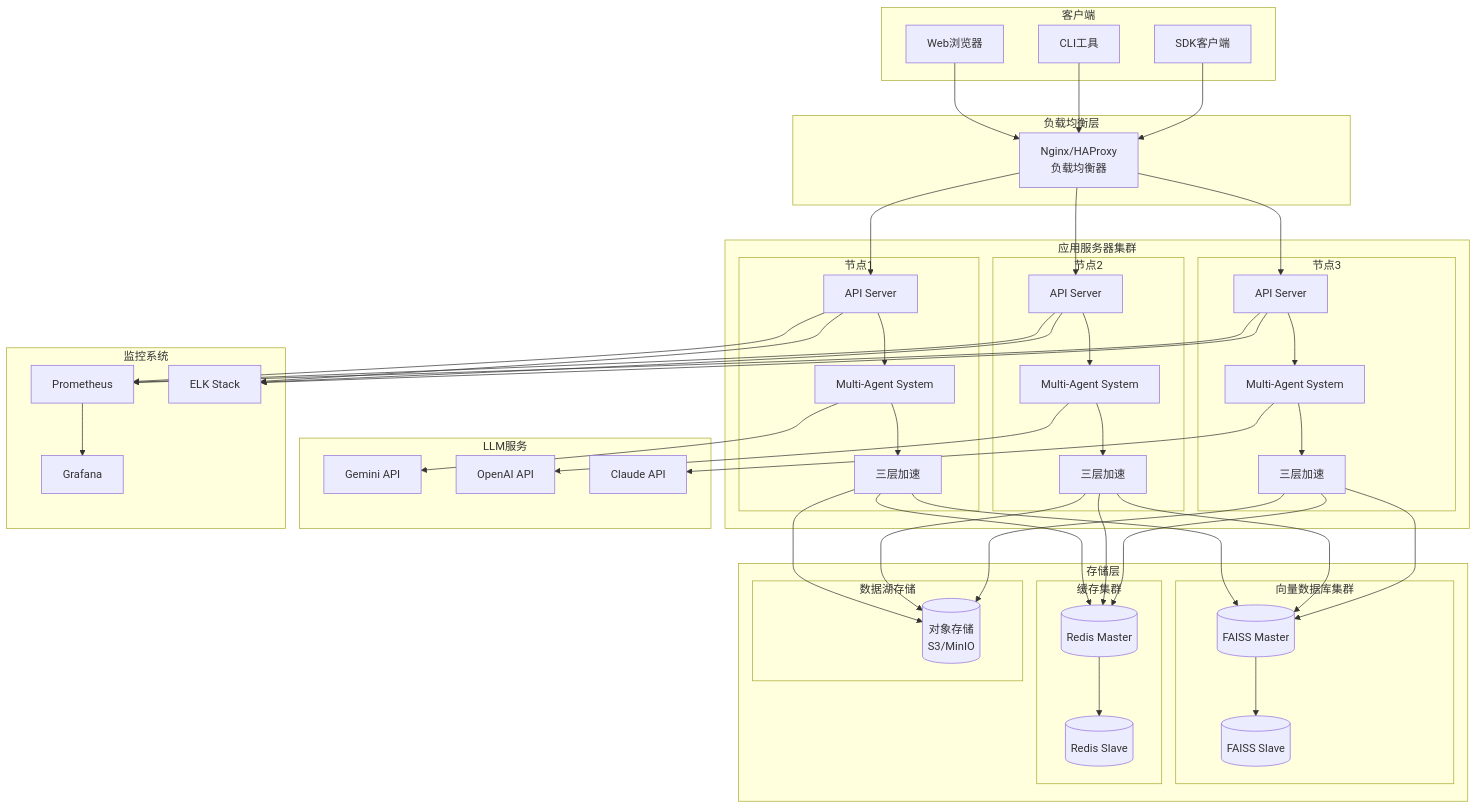
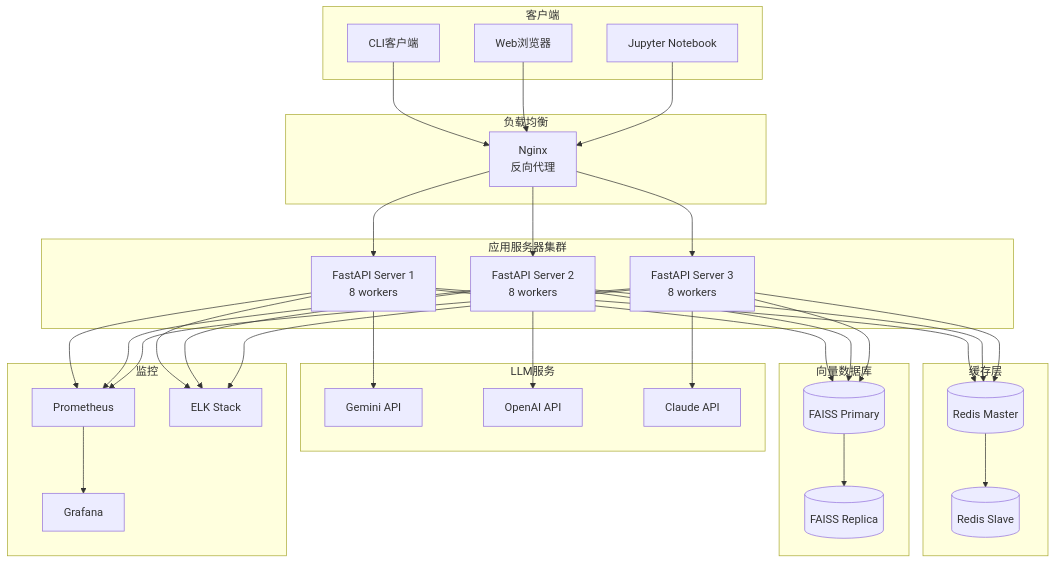
The eighth of 8 diagrams in docs/ARCHITECTURE_DIAGRAMS.md (925180034/dataLakesMulti), drawn with Mermaid before and after one commit. The commit also changed other lines of this file and 128 other files, not shown here.

````diff
--- a/docs/ARCHITECTURE_DIAGRAMS.md
+++ b/docs/ARCHITECTURE_DIAGRAMS.md
@@ -291,99 +352,71 @@
 ```mermaid
 graph TB
-    subgraph "客户端"
-        C1[Web浏览器]
-        C2[CLI工具]
-        C3[SDK客户端]
+    subgraph CLIENT["客户端"]
+        CLI[CLI客户端]
+        WEB[Web浏览器]
+        JUPYTER[Jupyter Notebook]
     end
     
-    subgraph "负载均衡层"
-        LB[Nginx/HAProxy<br/>负载均衡器]
+    subgraph LB["负载均衡"]
+        NGINX[Nginx<br/>反向代理]
     end
     
-    subgraph "应用服务器集群"
-        subgraph "节点1"
-            API1[API Server]
-            MA1[Multi-Agent System]
-            ACC1[三层加速]
-        end
-        
-        subgraph "节点2"
-            API2[API Server]
-            MA2[Multi-Agent System]
-            ACC2[三层加速]
-        end
-        
-        subgraph "节点3"
-            API3[API Server]
-            MA3[Multi-Agent System]
-            ACC3[三层加速]
-        end
+    subgraph APPCLUSTER["应用服务器集群"]
+        APP1[FastAPI Server 1<br/>8 workers]
+        APP2[FastAPI Server 2<br/>8 workers]
+        APP3[FastAPI Server 3<br/>8 workers]
     end
     
-    subgraph "存储层"
-        subgraph "向量数据库集群"
-            VDB1[(FAISS Master)]
-            VDB2[(FAISS Slave)]
-        end
-        
-        subgraph "缓存集群"
-            RED1[(Redis Master)]
-            RED2[(Redis Slave)]
-        end
-        
-        subgraph "数据湖存储"
-            S3[(对象存储<br/>S3/MinIO)]
-        end
+    subgraph CACHELAYER["缓存层"]
+        REDIS1[(Redis Master)]
+        REDIS2[(Redis Slave)]
     end
     
-    subgraph "LLM服务"
-        LLM1[Gemini API]
-        LLM2[OpenAI API]
-        LLM3[Claude API]
+    subgraph VECTORDB["向量数据库"]
+        FAISS1[(FAISS Primary)]
+        FAISS2[(FAISS Replica)]
     end
     
-    subgraph "监控系统"
-        PROM[Prometheus]
-        GRAF[Grafana]
-        ELK[ELK Stack]
+    subgraph LLMSERVICE["LLM服务"]
+        GEMINI[Gemini API]
+        GPT[OpenAI API]
+        CLAUDE[Claude API]
     end
     
-    C1 --> LB
-    C2 --> LB
-    C3 --> LB
+    subgraph MONITOR["监控"]
+        PROM[Prometheus]
+        GRAFANA[Grafana]
+        LOG[ELK Stack]
+    end
     
-    LB --> API1
-    LB --> API2
-    LB --> API3
+    CLI --> NGINX
+    WEB --> NGINX
+    JUPYTER --> NGINX
     
-    API1 --> MA1 --> ACC1
-    API2 --> MA2 --> ACC2
-    API3 --> MA3 --> ACC3
+    NGINX --> APP1
+    NGINX --> APP2
+    NGINX --> APP3
     
-    ACC1 --> VDB1
-    ACC2 --> VDB1
-    ACC3 --> VDB1
-    VDB1 --> VDB2
+    APP1 --> REDIS1
+    APP2 --> REDIS1
+    APP3 --> REDIS1
+    REDIS1 --> REDIS2
     
-    ACC1 --> RED1
-    ACC2 --> RED1
-    ACC3 --> RED1
-    RED1 --> RED2
+    APP1 --> FAISS1
+    APP2 --> FAISS1
+    APP3 --> FAISS1
+    FAISS1 --> FAISS2
     
-    ACC1 --> S3
-    ACC2 --> S3
-    ACC3 --> S3
+    APP1 --> GEMINI
+    APP2 --> GPT
+    APP3 --> CLAUDE
     
-    MA1 --> LLM1
-    MA2 --> LLM2
-    MA3 --> LLM3
+    APP1 --> PROM
+    APP2 --> PROM
+    APP3 --> PROM
+    PROM --> GRAFANA
     
-    API1 --> PROM
-    API2 --> PROM
-    API3 --> PROM
-    PROM --> GRAF
-    
-    API1 --> ELK
-    API2 --> ELK
-    API3 --> ELK
+    APP1 --> LOG
+    APP2 --> LOG
+    APP3 --> LOG
 ```
````
